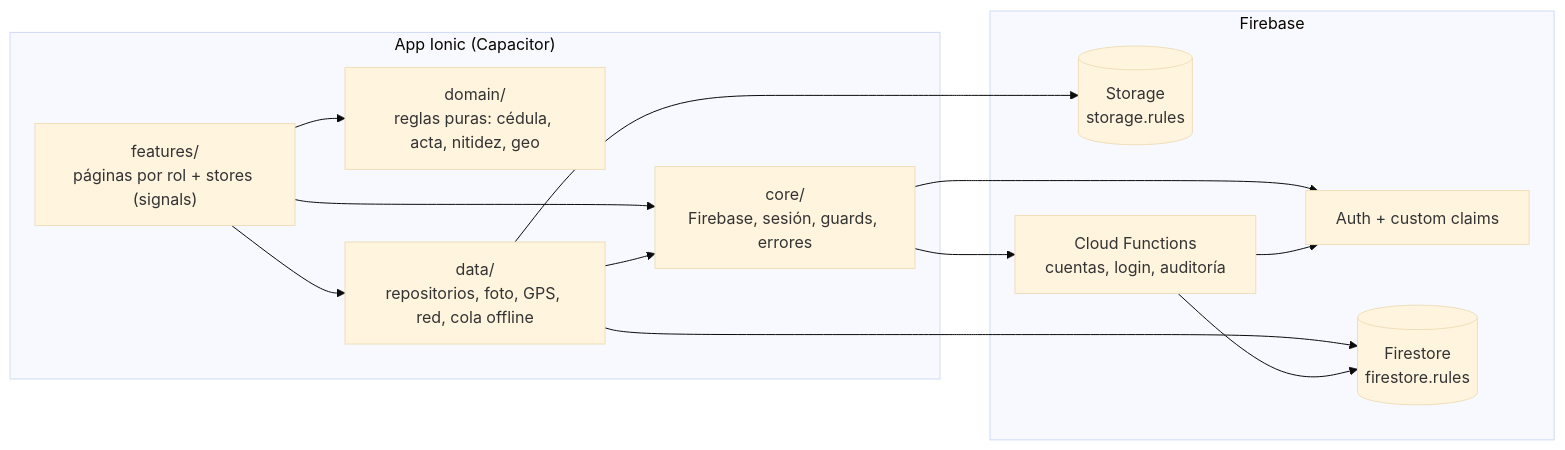
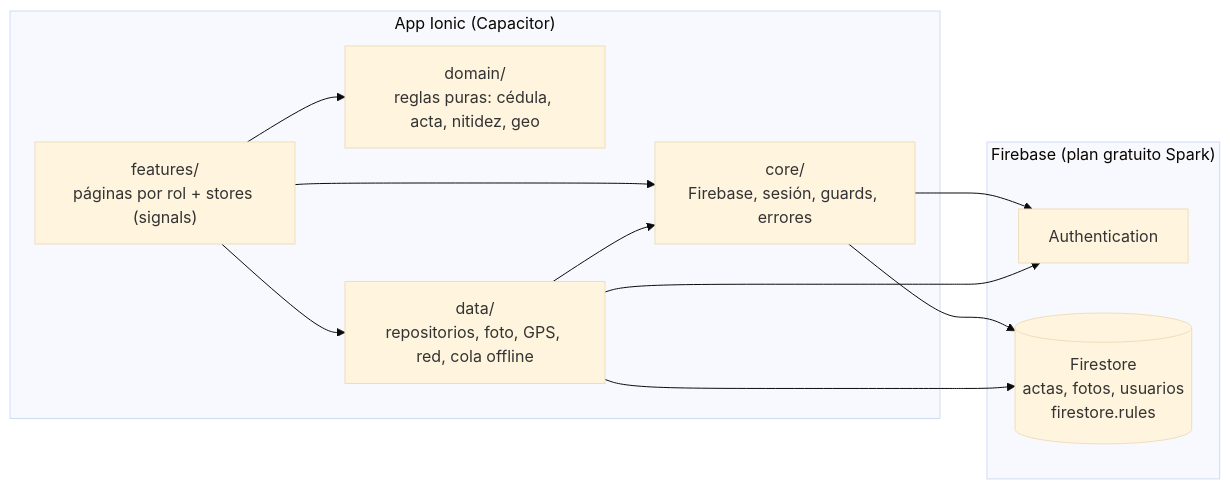
Before and after one commit to JimSul16/EleccionesEPN: the diagram in README.md, drawn with Mermaid (base theme). The commit also changed other lines of this file and 10 other files, not shown here.

First line of the commit message:
docs: ADR-018 (Firebase gratuito) y documentacion al dia [ADR-018]

````diff
--- a/README.md
+++ b/README.md
@@ -32,25 +32,21 @@
 ```mermaid
 flowchart LR
   subgraph App["App Ionic (Capacitor)"]
     F["features/<br/>páginas por rol + stores (signals)"]
     D["domain/<br/>reglas puras: cédula, acta, nitidez, geo"]
     DA["data/<br/>repositorios, foto, GPS, red, cola offline"]
     C["core/<br/>Firebase, sesión, guards, errores"]
     F --> D
     F --> DA
     F --> C
     DA --> C
   end
-  subgraph Firebase
-    A[Auth + custom claims]
-    FS[(Firestore<br/>firestore.rules)]
-    ST[(Storage<br/>storage.rules)]
-    FN[Cloud Functions<br/>cuentas, login, auditoría]
+  subgraph Firebase["Firebase (plan gratuito Spark)"]
+    A[Authentication]
+    FS[(Firestore<br/>actas, fotos, usuarios<br/>firestore.rules)]
   end
   C --> A
+  C --> FS
   DA --> FS
-  DA --> ST
-  C --> FN
-  FN --> A
-  FN --> FS
+  DA --> A
 ```
````
